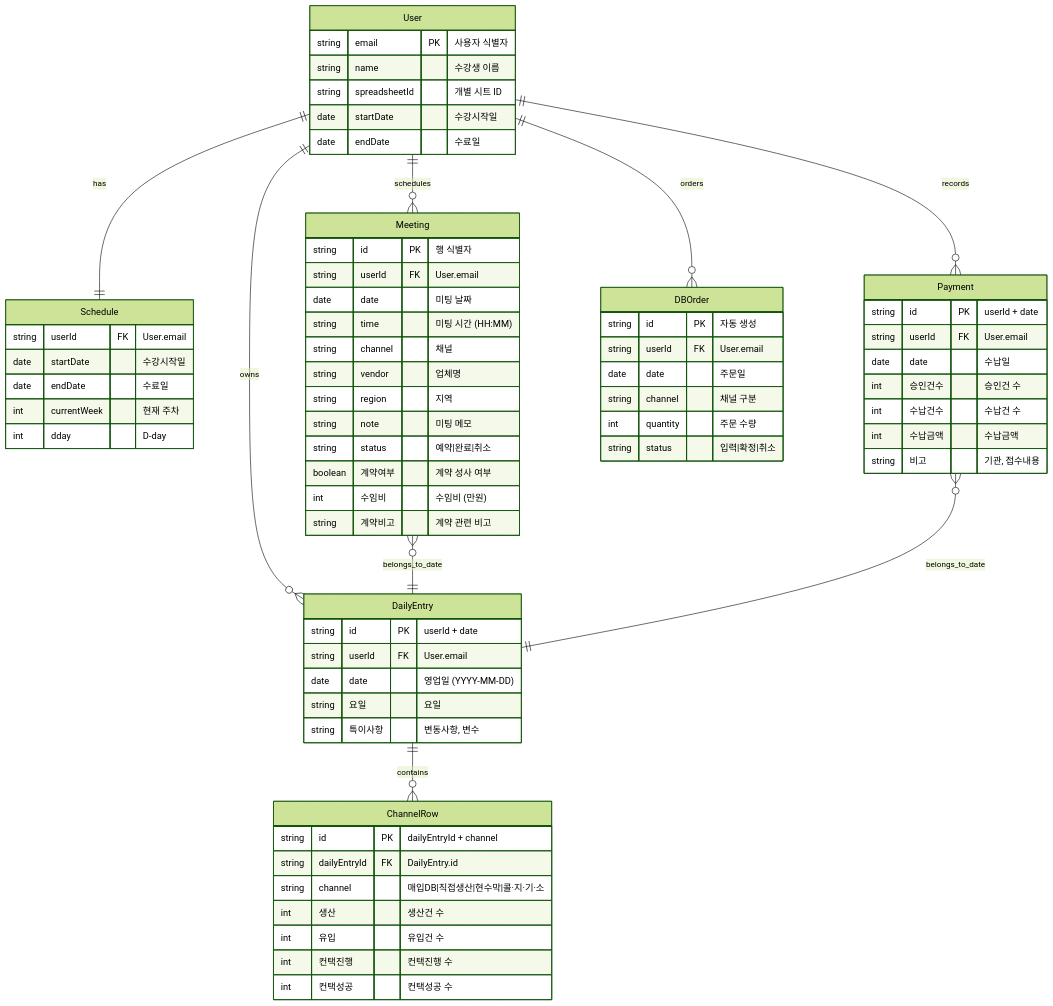
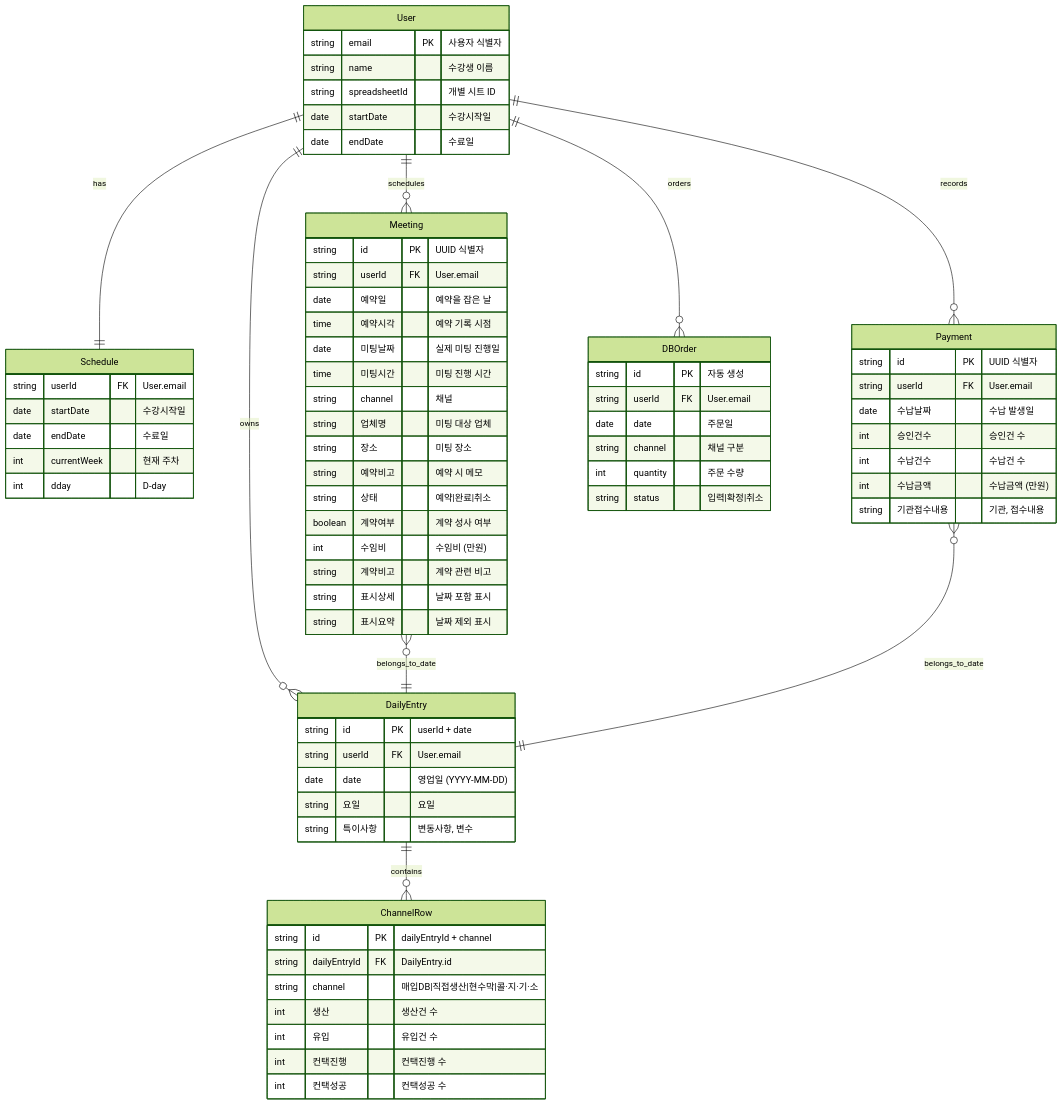
The diagram in docs/domains/er-diagram.md (bbelieff/salespt-log), drawn with Mermaid (forest theme) before and after one commit. The commit also changed other lines of this file and 8 other files, not shown here.

```diff
--- a/docs/domains/er-diagram.md
+++ b/docs/domains/er-diagram.md
@@ -48,28 +48,32 @@
     }
 
     Meeting {
-        string id PK "행 식별자"
+        string id PK "UUID 식별자"
         string userId FK "User.email"
-        date date "미팅 날짜"
-        string time "미팅 시간 (HH:MM)"
+        date 예약일 "예약을 잡은 날"
+        time 예약시각 "예약 기록 시점"
+        date 미팅날짜 "실제 미팅 진행일"
+        time 미팅시간 "미팅 진행 시간"
         string channel "채널"
-        string vendor "업체명"
-        string region "지역"
-        string note "미팅 메모"
-        string status "예약|완료|취소"
+        string 업체명 "미팅 대상 업체"
+        string 장소 "미팅 장소"
+        string 예약비고 "예약 시 메모"
+        string 상태 "예약|완료|취소"
         boolean 계약여부 "계약 성사 여부"
         int 수임비 "수임비 (만원)"
         string 계약비고 "계약 관련 비고"
+        string 표시상세 "날짜 포함 표시"
+        string 표시요약 "날짜 제외 표시"
     }
 
     Payment {
-        string id PK "userId + date"
+        string id PK "UUID 식별자"
         string userId FK "User.email"
-        date date "수납일"
+        date 수납날짜 "수납 발생일"
         int 승인건수 "승인건 수"
         int 수납건수 "수납건 수"
-        int 수납금액 "수납금액"
-        string 비고 "기관, 접수내용"
+        int 수납금액 "수납금액 (만원)"
+        string 기관접수내용 "기관, 접수내용"
     }
 
     DBOrder {
```
